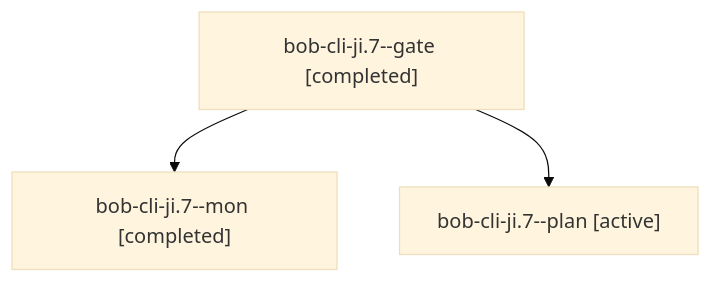
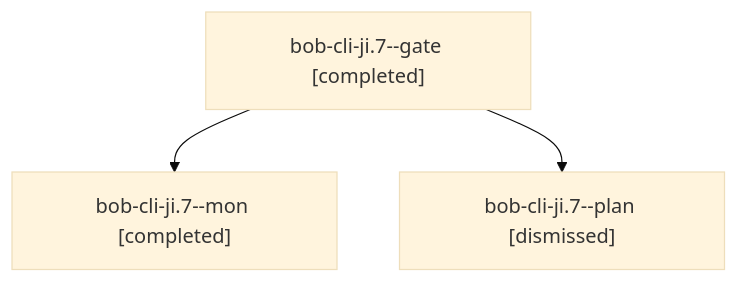
Before and after one commit to bobs-org/bob-cli--agents: the diagram in sessions/bbugyi200.apollo.bob-cli-ji.7.md, drawn with Mermaid (base theme). The commit also changed other lines of this file and 131 other files, not shown here.

````diff
--- a/sessions/bbugyi200.apollo.bob-cli-ji.7.md
+++ b/sessions/bbugyi200.apollo.bob-cli-ji.7.md
@@ -9,8 +9,8 @@
 ```mermaid
 flowchart TD
   n0["bob-cli-ji.7--gate [completed]"]
   n1["bob-cli-ji.7--mon [completed]"]
   n0 --> n1
-  n2["bob-cli-ji.7--plan [active]"]
+  n2["bob-cli-ji.7--plan [dismissed]"]
   n0 --> n2
 ```
````
